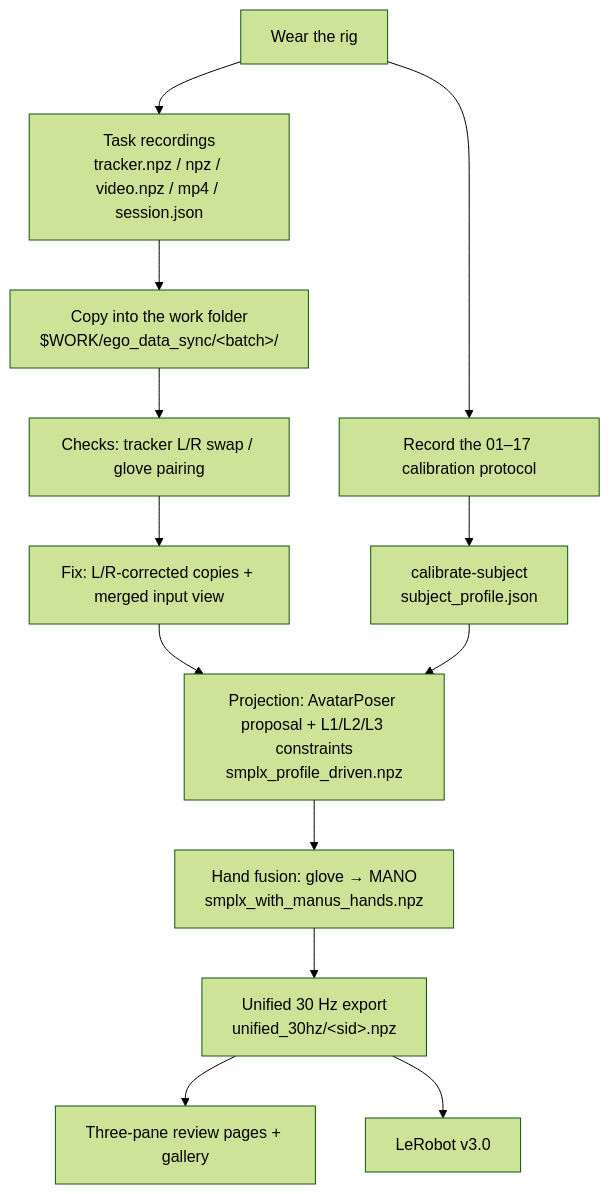
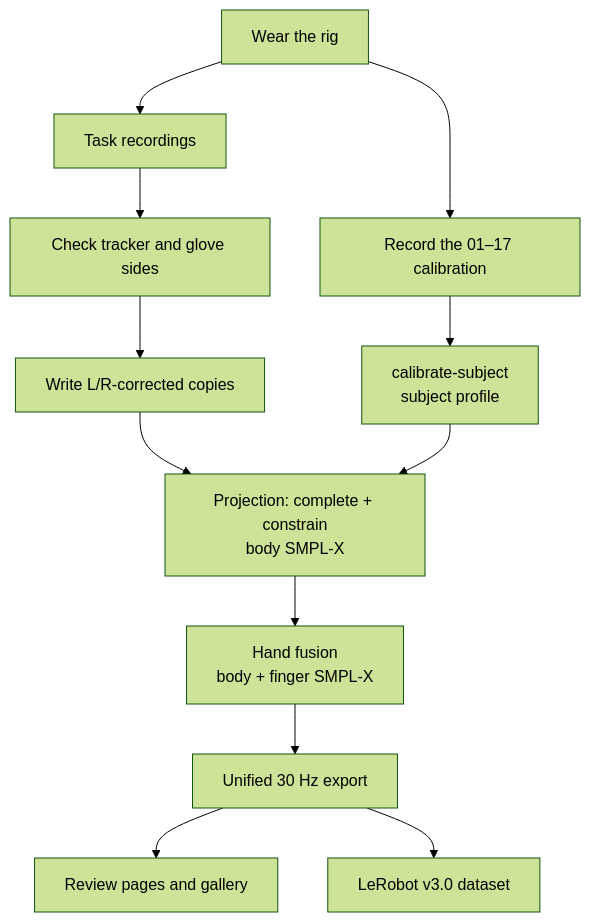
Before and after one commit to InternRobotics/EgoExplorer-Guidelines: the diagram in docs/en/00_overview.md, drawn with Mermaid (forest theme). The commit also changed other lines of this file and 31 other files, not shown here.

First line of the commit message:
Edit the guidelines for clarity and layout; rebuild the rig figure

````diff
--- a/docs/en/00_overview.md
+++ b/docs/en/00_overview.md
@@ -28,15 +32,14 @@
 ```mermaid
 flowchart TD
-    A[Wear the rig] --> B[Record the 01–17 calibration protocol]
-    B --> C[calibrate-subject<br/>subject_profile.json]
-    A --> D[Task recordings<br/>tracker.npz / npz / video.npz / mp4 / session.json]
-    D --> E[Copy into the work folder<br/>$WORK/ego_data_sync/&lt;batch&gt;/]
-    E --> I[Checks: tracker L/R swap / glove pairing]
-    I --> J[Fix: L/R-corrected copies + merged input view]
-    J --> H[Projection: AvatarPoser proposal + L1/L2/L3 constraints<br/>smplx_profile_driven.npz]
+    A[Wear the rig] --> B[Record the 01–17 calibration]
+    B --> C[calibrate-subject<br/>subject profile]
+    A --> D[Task recordings]
+    D --> I[Check tracker and glove sides]
+    I --> J[Write L/R-corrected copies]
+    J --> H[Projection: complete + constrain<br/>body SMPL-X]
     C --> H
-    H --> K[Hand fusion: glove → MANO<br/>smplx_with_manus_hands.npz]
-    K --> L[Unified 30 Hz export<br/>unified_30hz/&lt;sid&gt;.npz]
-    L --> M[Three-pane review pages + gallery]
-    L --> O[LeRobot v3.0]
+    H --> K[Hand fusion<br/>body + finger SMPL-X]
+    K --> L[Unified 30 Hz export]
+    L --> M[Review pages and gallery]
+    L --> O[LeRobot v3.0 dataset]
 ```
````
